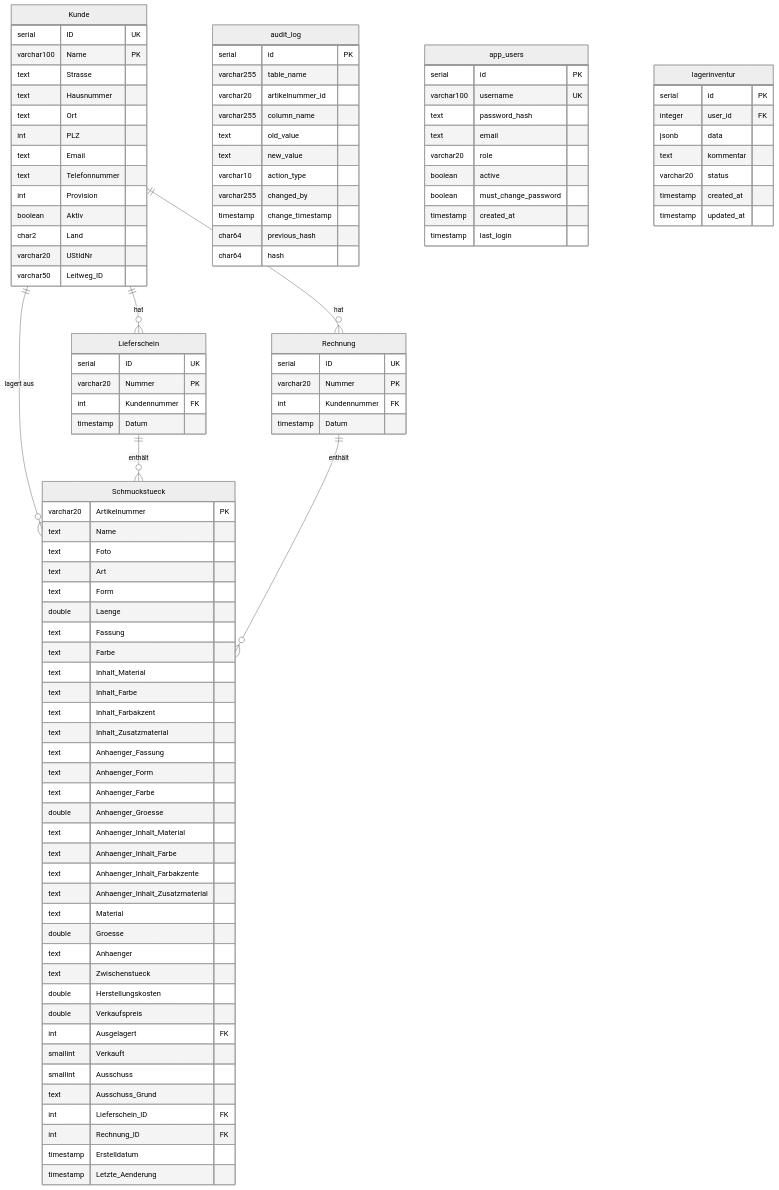
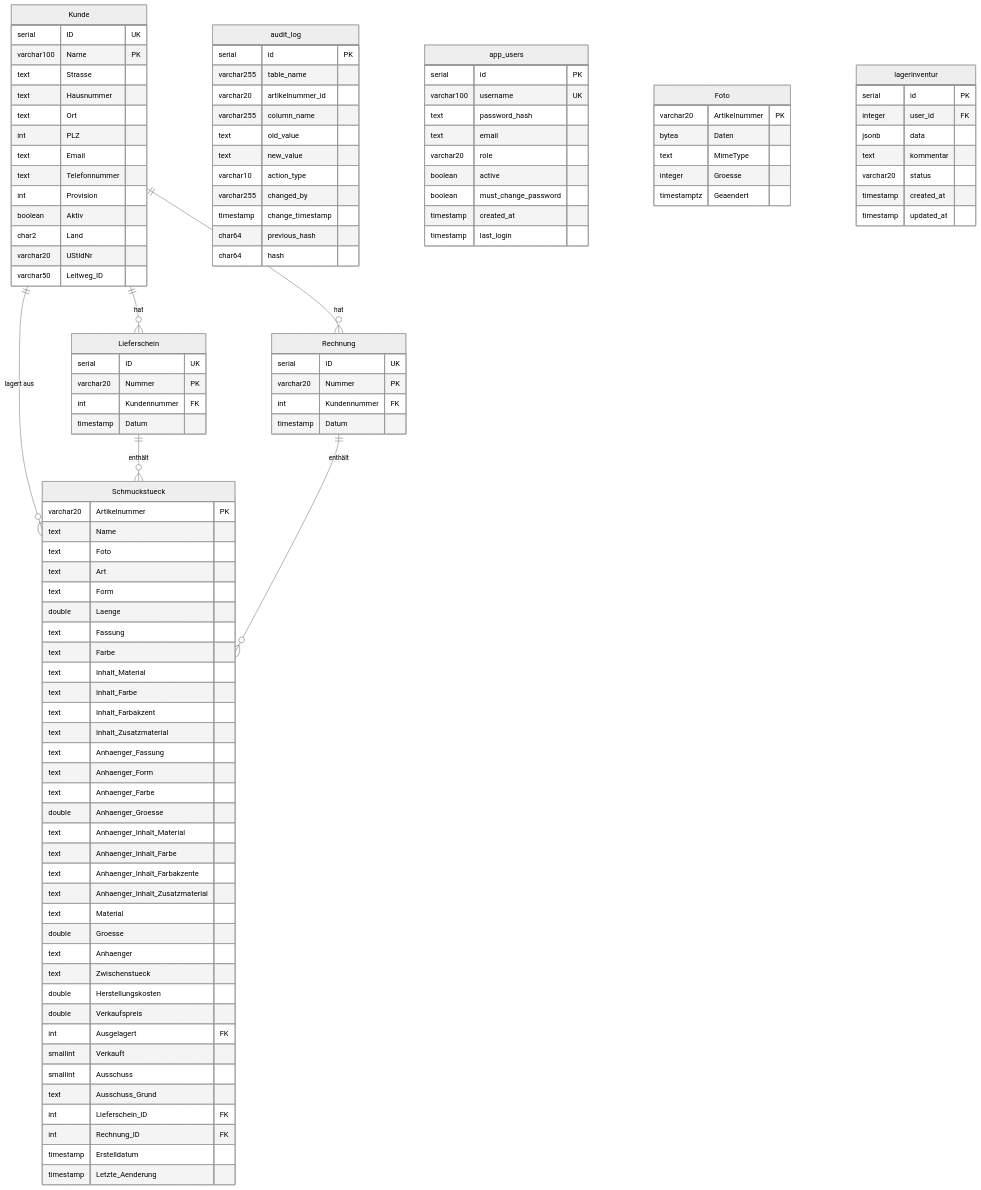
Before and after one commit to Revilo91/GoldRegenDB_Web: the diagram in .github/copilot-instructions.md, drawn with Mermaid (neutral theme). The commit also changed other lines of this file and 1 other file, not shown here.

First line of the commit message:
docs: Foto-Speicherung in der Datenbank dokumentieren

```diff
--- a/.github/copilot-instructions.md
+++ b/.github/copilot-instructions.md
@@ -112,6 +112,14 @@
         timestamp last_login
     }
 
+    Foto {
+        varchar20 Artikelnummer PK
+        bytea Daten
+        text MimeType
+        integer Groesse
+        timestamptz Geaendert
+    }
+
     lagerinventur {
         serial id PK
         integer user_id FK
```
